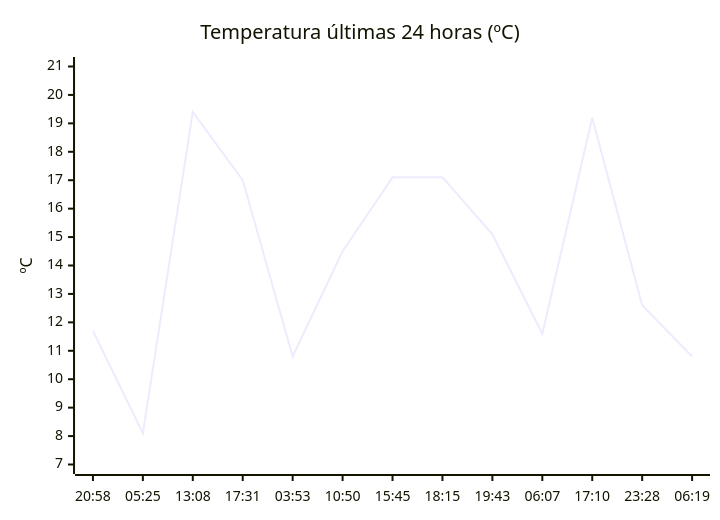
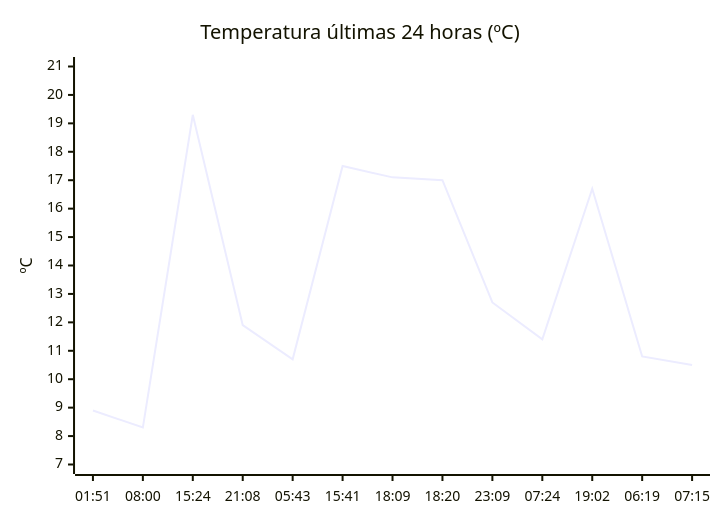
Before and after one commit to solidsnk86/rem-scrap: the diagram in README.md, drawn with Mermaid. The commit also changed other lines of this file, not shown here.

````diff
--- a/README.md
+++ b/README.md
@@ -36,7 +28,7 @@
 ```mermaid
 xychart-beta
     title "Temperatura últimas 24 horas (ºC)"
-    x-axis ["20:58", "05:25", "13:08", "17:31", "03:53", "10:50", "15:45", "18:15", "19:43", "06:07", "17:10", "23:28", "06:19"]
+    x-axis ["01:51", "08:00", "15:24", "21:08", "05:43", "15:41", "18:09", "18:20", "23:09", "07:24", "19:02", "06:19", "07:15"]
     y-axis "ºC" 7 --> 21
-    line [11.7, 8.1, 19.4, 17, 10.8, 14.5, 17.1, 17.1, 15.1, 11.6, 19.2, 12.6, 10.8]
+    line [8.9, 8.3, 19.3, 11.9, 10.7, 17.5, 17.1, 17, 12.7, 11.4, 16.7, 10.8, 10.5]
 ```
````
